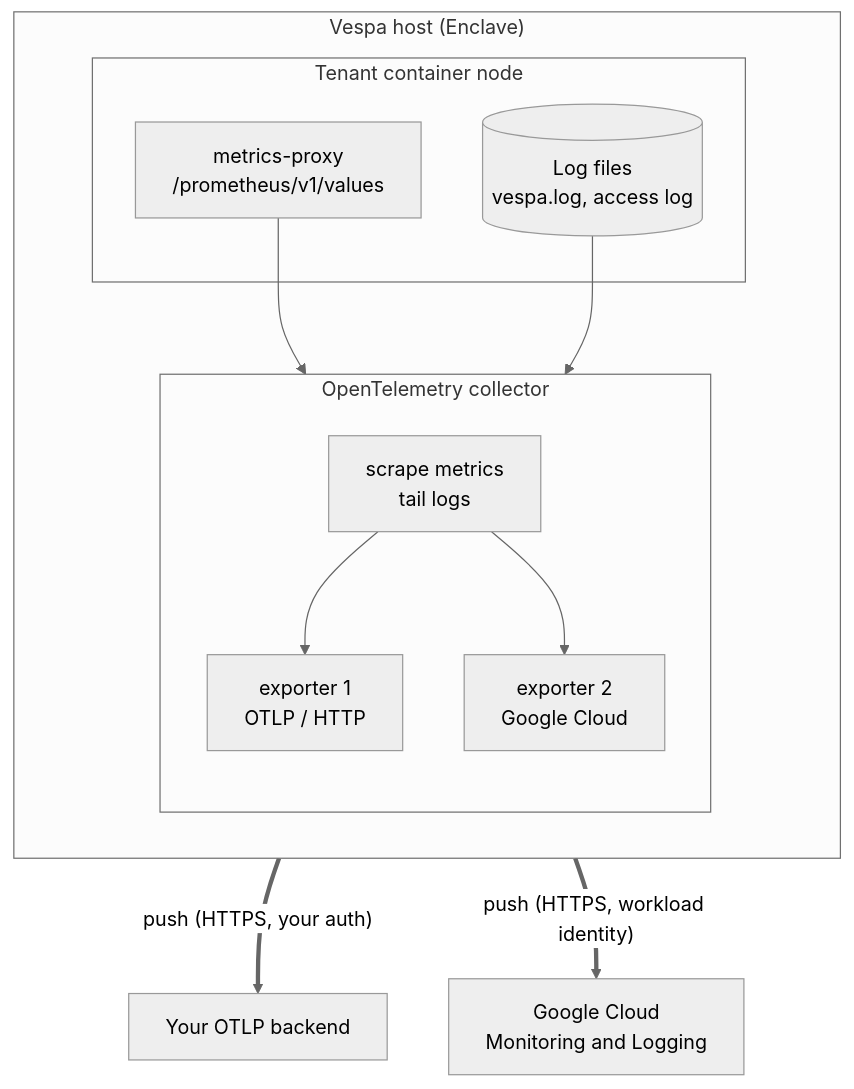
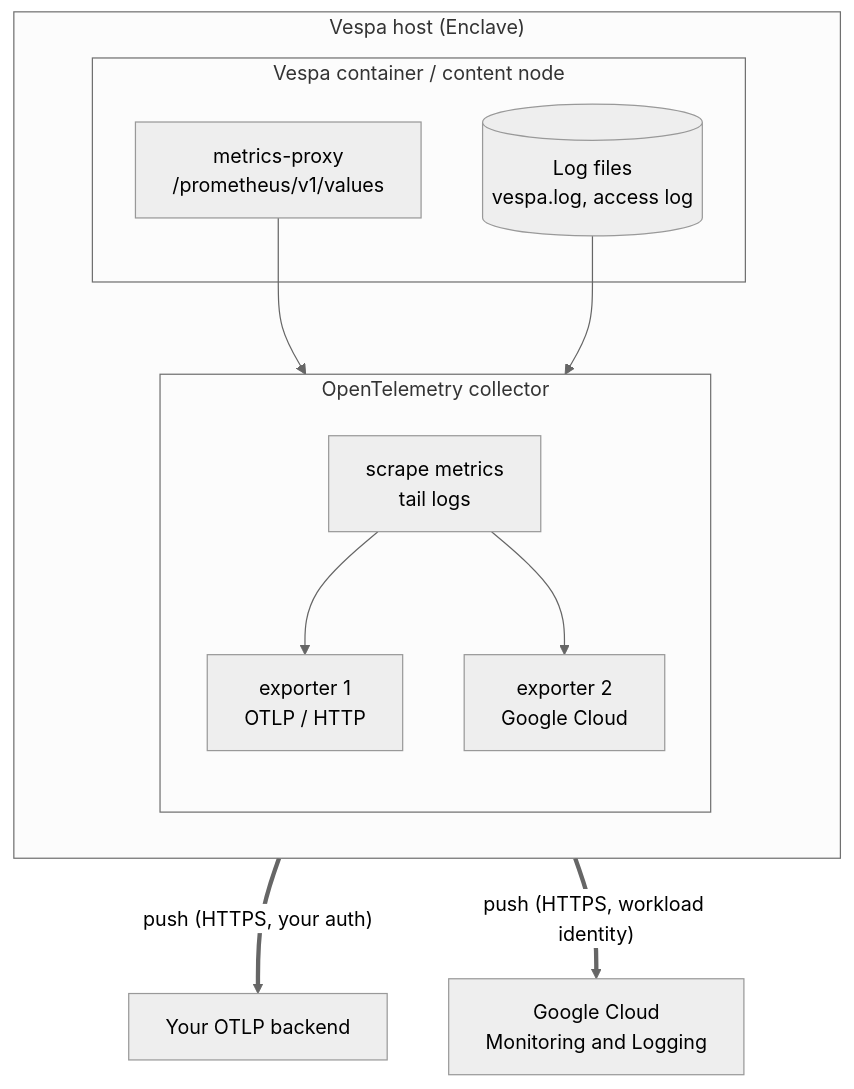
Before and after one commit to vespa-engine/documentation: the diagram in assets/img/telemetry-export-architecture.mmd, drawn with Mermaid (neutral theme). The commit also changed 1 other file, not shown here.

Commit message:
telemetry-export: relabel diagram node as Vespa container/content node
The architecture diagram labelled the scraped node "Tenant container node",
but metrics-proxy and vespa.log are present on both container and content
nodes. Relabel it "Vespa container / content node" to reflect that metrics and
logs are collected from both. Regenerated the PNG from the Mermaid source.

```diff
--- a/assets/img/telemetry-export-architecture.mmd
+++ b/assets/img/telemetry-export-architecture.mmd
@@ -1,22 +1,22 @@
 flowchart TB
   subgraph host["Vespa host (Enclave)"]
     direction TB
-    subgraph node["Tenant container node"]
+    subgraph node["Vespa container / content node"]
       mp["metrics-proxy<br/>/prometheus/v1/values"]
       logs[("Log files<br/>vespa.log, access log")]
     end
     subgraph otc["OpenTelemetry collector"]
       direction TB
       collect["scrape metrics<br/>tail logs"]
       e1["exporter 1<br/>OTLP / HTTP"]
       e2["exporter 2<br/>Google Cloud"]
     end
   end
   b1["Your OTLP backend"]
   b2["Google Cloud<br/>Monitoring and Logging"]
   mp --> collect
   logs --> collect
   collect --> e1
   collect --> e2
   e1 == "push (HTTPS, your auth)" ==> b1
   e2 == "push (HTTPS, workload identity)" ==> b2
```
